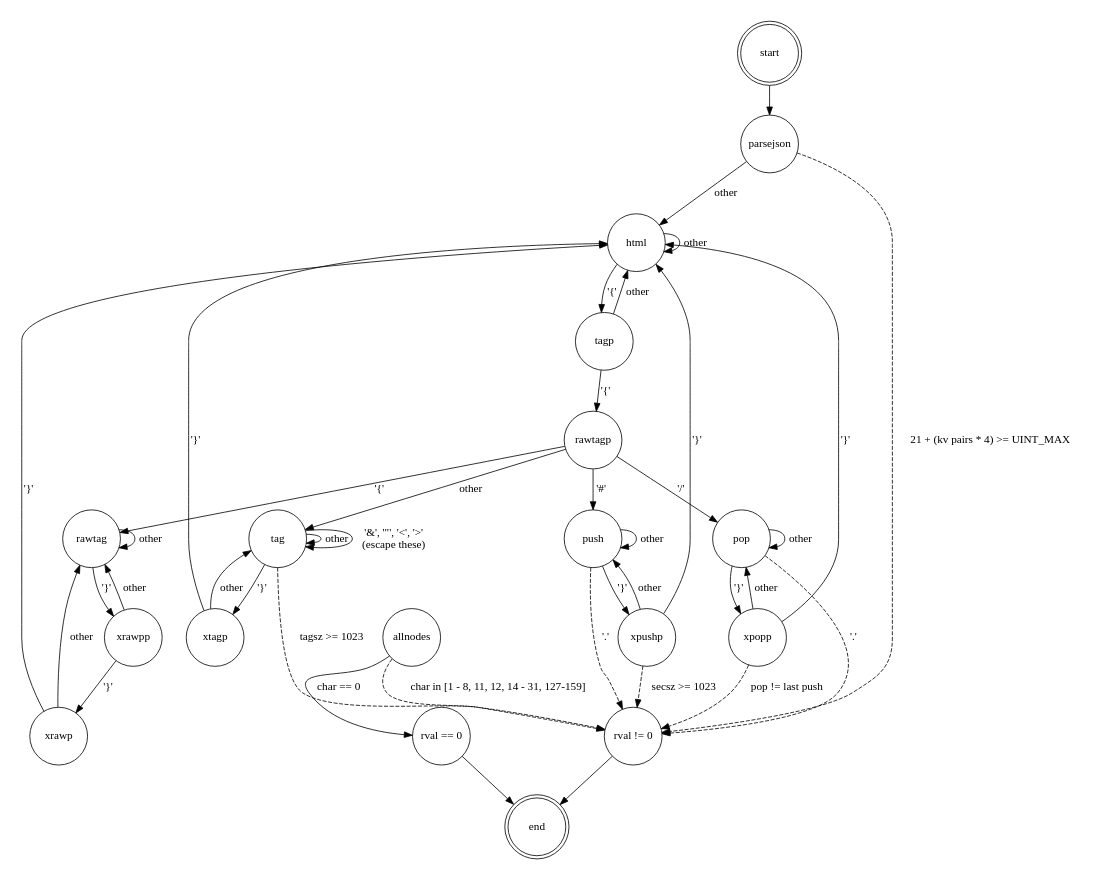
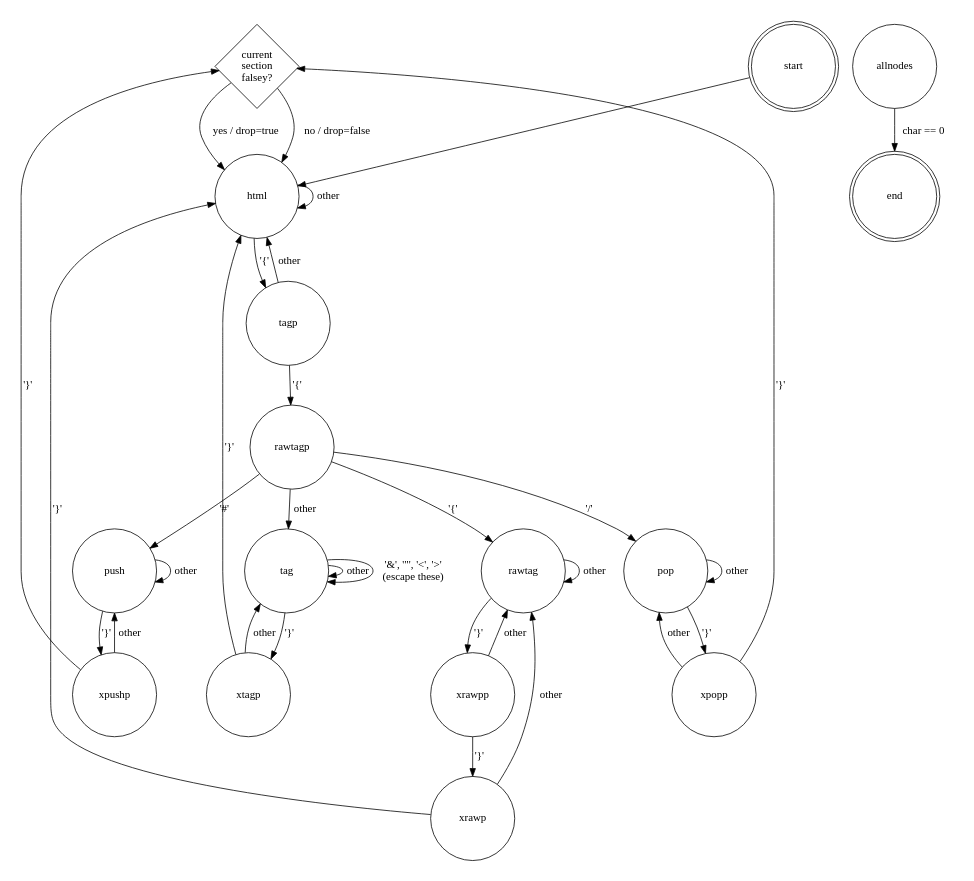
The diagram in doc/state.dot (mbucc/cmustache), drawn with Graphviz before and after one commit. The commit also changed 4 other files, not shown here.

Commit message:
Update state diagram to include test if current section is falsey.

```diff
--- a/doc/state.dot
+++ b/doc/state.dot
@@ -1,63 +1,54 @@
 digraph State {
 	size="8,5"
 	#rankdir=LR;
-	node [shape = doublecircle,width=1,fixedsize=true]; start, end;
+	node [shape = diamond, width = 1.5, height=1.5, fixedsize=true]; "current\nsection\nfalsey?";
+	node [shape = doublecircle,width=1,beight=1,fixedsize=true]; start, end;
 	node [shape = circle,width=1,fixedsize=true];
-	start		-> parsejson;
-
-	parsejson	-> html		[label = "other" ];
-	parsejson	-> "rval != 0"	[label = "21 + (kv pairs * 4) >= UINT_MAX",style=dashed ];
+	start		-> html;
 
 	html		-> tagp		[ label = "'{'" ];
 	html		-> html			[ label = "other" ];
 
 	tagp		-> rawtagp		[label = "'{'" ];
 	tagp		-> html			[label = "other" ];
 
 	rawtagp	-> rawtag			[label = "'{'" ];
 	rawtagp	-> push		[label = "'#'" ];
 	rawtagp	-> pop			[label = "'/'" ];
 	rawtagp	-> tag			[label = "other" ];
 
 	push 	-> push		[label = "other" ];
 	push	-> xpushp		[label = "'}'" ];
-	push	-> "rval != 0"		[label = "'.'",style=dashed ];
 
-	xpushp	-> html		[label = "'}'" ];
+	xpushp	-> "current\nsection\nfalsey?"		[label = "'}'" ];
 	xpushp	-> push	[label = "other" ];
-	xpushp	-> "rval != 0"	[label = "secsz >= 1023",style=dashed ];
+
+	"current\nsection\nfalsey?"	->	"html"	[label="no / drop=false"]
+	"current\nsection\nfalsey?"	->	"html"	[label="yes / drop=true"]
 
 	pop 	-> pop		[label = "other" ];
 	pop	-> xpopp		[label = "'}'" ];
-	pop	-> "rval != 0"		[label = "'.'",style=dashed ];
 
-	xpopp	-> html		[label = "'}'" ];
+	xpopp	-> "current\nsection\nfalsey?"		[label = "'}'" ];
 	xpopp	-> pop	[label = "other" ];
-	xpopp	-> "rval != 0"	[label = "pop != last push",style=dashed ];
 
 
 	xtagp		-> html			[ label = "'}'" ];
 	xtagp		-> tag			[label = "other" ];
 
 	rawtag	-> xrawpp		[label = "'}'" ];
 	rawtag	-> rawtag		[label = "other" ];
 
 	xrawpp		-> xrawp		[label = "'}'" ];
 	xrawpp		-> rawtag		[label = "other" ];
 
 	xrawp	-> html		[label = "'}'" ];
 	xrawp	-> rawtag		[label = "other" ];
 
 	tag		-> xtagp		[ label = "'}'" ];
-	tag		-> "rval != 0"		[ label = "tagsz >= 1023",style=dashed ];
 	tag		-> tag			[ label = "other" ];
 	tag		-> tag			[ label = "'&', '\"', '<', '>'\n(escape these)" ];
 
-	allnodes -> "rval != 0"		[ label = "char in [1 - 8, 11, 12, 14 - 31, 127-159]",style=dashed ];
-	allnodes -> "rval == 0"		[ label = "char == 0" ];
-
-
-	"rval == 0"	-> end;
-	"rval != 0"	-> end;
+	allnodes ->	end	[ label = "char == 0" ];
 
 }
```
